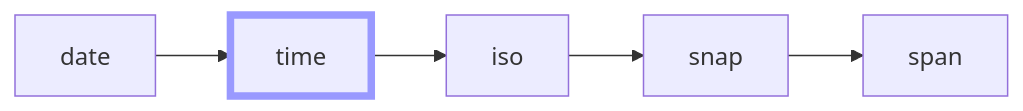
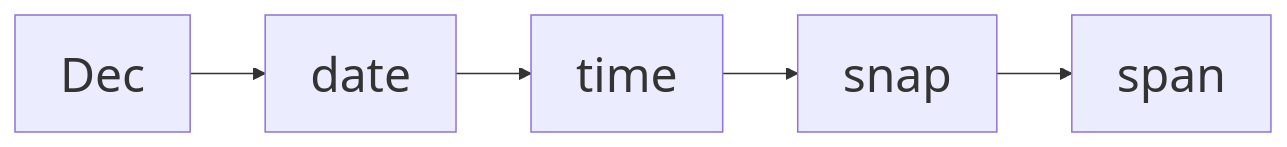
One commit to maptv/maptv.github.io changed the first of 2 diagrams in dec/time/index.qmd. Above: the diagram before and after it, drawn with Mermaid. The commit also changed other lines of this file and 15 other files, not shown here.

````diff
--- a/dec/time/index.qmd
+++ b/dec/time/index.qmd
@@ -781,11 +37,11 @@
 ```{mermaid}
-%%| label: navchart
+%%| label: timenav
+%%{init: {'theme': 'default', 'themeVariables': { 'fontSize': '32px'}}}%%
 flowchart LR
-   B[date]-->C[time]-->D[iso]-->E[snap]-->F[span]
+   A[Dec]-->B[date]-->C[time]-->D[snap]-->E[span]
+   click A "/dec"
    click B "/dec/date"
    click C "/dec/time"
-   click D "/dec/iso"
-   click E "/dec/snap"
-   click F "/dec/span"
-   style C stroke:#99f,stroke-width:5px
+   click D "/dec/snap"
+   click E "/dec/span"
 ```
````
